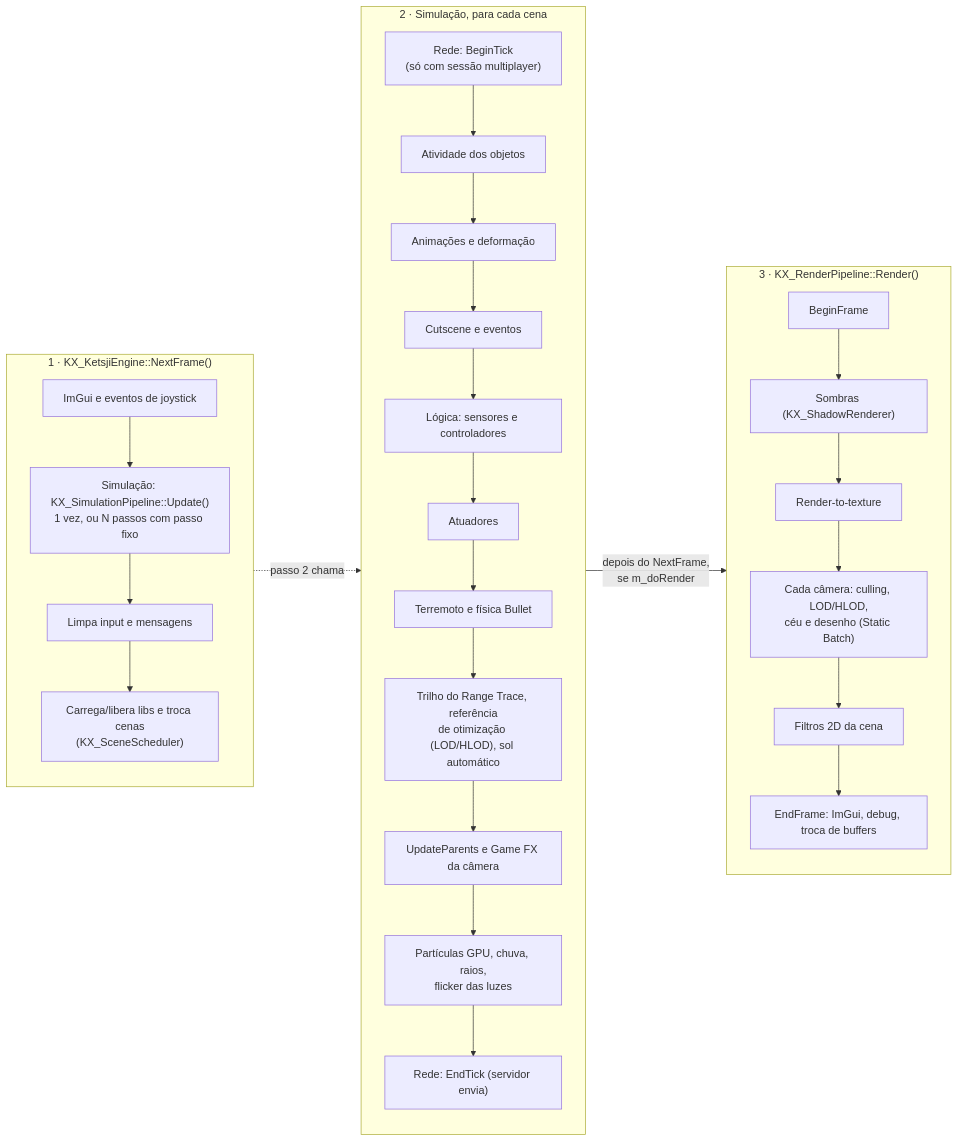
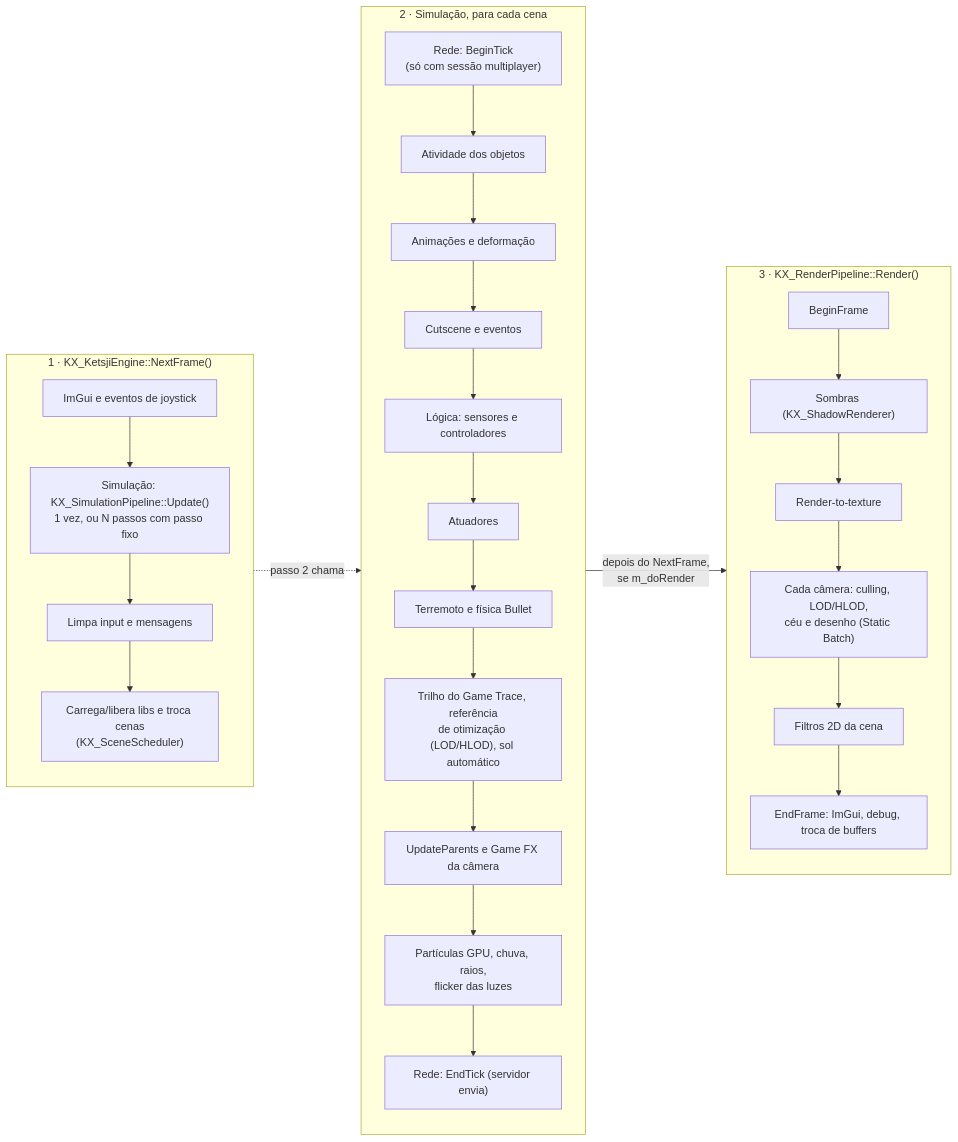
One commit to AnastacioGames/AnastacioEngine changed the fourth of 6 diagrams in docs/diagramas-arquitetura.md. Above: the diagram before and after it, drawn with Mermaid. The commit also changed 30 other files, not shown here.

First line of the commit message:
Game Trace: rename Range Trace, and "how to fix" in the report (Trace Doctor step 1)

````diff
--- a/docs/diagramas-arquitetura.md
+++ b/docs/diagramas-arquitetura.md
@@ -116,38 +116,38 @@
 ```mermaid
 flowchart LR
     subgraph NF["1 · KX_KetsjiEngine::NextFrame()"]
         direction TB
         N1["ImGui e eventos de joystick"]
         N2["Simulação: KX_SimulationPipeline::Update()<br/>1 vez, ou N passos com passo fixo"]
         N3["Limpa input e mensagens"]
         N4["Carrega/libera libs e troca cenas<br/>(KX_SceneScheduler)"]
         N1 --> N2 --> N3 --> N4
     end
     subgraph SIM["2 · Simulação, para cada cena"]
         direction TB
         S0["Rede: BeginTick<br/>(só com sessão multiplayer)"]
         S1["Atividade dos objetos"]
         S2["Animações e deformação"]
         S3["Cutscene e eventos"]
         S4["Lógica: sensores e controladores"]
         S5["Atuadores"]
         S6["Terremoto e física Bullet"]
-        S7["Trilho do Range Trace, referência<br/>de otimização (LOD/HLOD), sol automático"]
+        S7["Trilho do Game Trace, referência<br/>de otimização (LOD/HLOD), sol automático"]
         S8["UpdateParents e Game FX da câmera"]
         S9["Partículas GPU, chuva, raios,<br/>flicker das luzes"]
         S10["Rede: EndTick (servidor envia)"]
         S0 --> S1 --> S2 --> S3 --> S4 --> S5 --> S6 --> S7 --> S8 --> S9 --> S10
     end
     subgraph RD["3 · KX_RenderPipeline::Render()"]
         direction TB
         R1["BeginFrame"]
         R2["Sombras (KX_ShadowRenderer)"]
         R3["Render-to-texture"]
         R4["Cada câmera: culling, LOD/HLOD,<br/>céu e desenho (Static Batch)"]
         R5["Filtros 2D da cena"]
         R6["EndFrame: ImGui, debug, troca de buffers"]
         R1 --> R2 --> R3 --> R4 --> R5 --> R6
     end
     NF -.->|"passo 2 chama"| SIM
     SIM -->|"depois do NextFrame,<br/>se m_doRender"| RD
 ```
````
